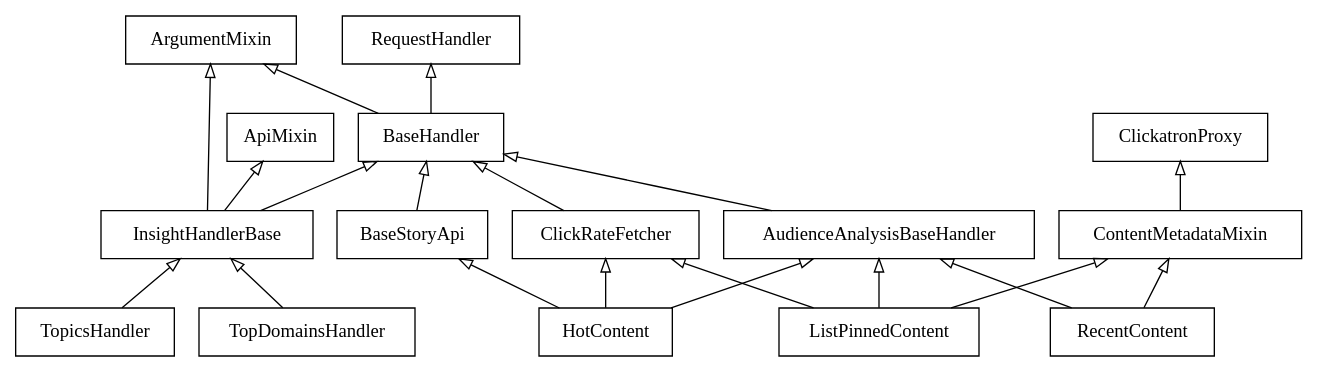
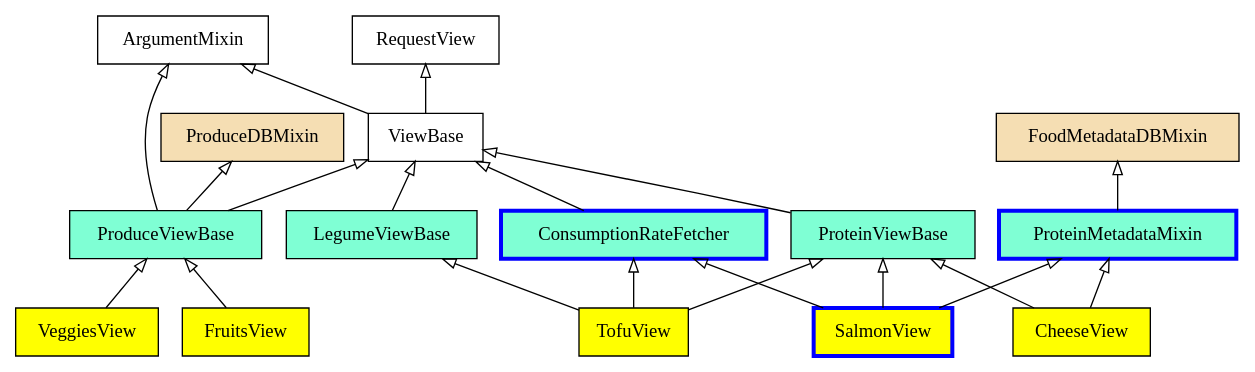
Before and after one commit to slinkp/inheritance_talk: the diagram in samples/aa_final.dot, drawn with Graphviz. The commit also changed 2 other files, not shown here.

```diff
--- a/samples/aa_final.dot
+++ b/samples/aa_final.dot
@@ -1,38 +1,38 @@
 digraph "classes_No_Name" {
 charset="utf-8"
 rankdir=BT
-"2" [shape="record", label="ClickRateFetcher"];
-"3" [shape="record", label="BaseHandler"];
+"2" [shape="record", label="ConsumptionRateFetcher", style = filled, fillcolor = aquamarine, color = blue, penwidth=3];
+"3" [shape="record", label="ViewBase"];
 "4" [shape="record", label="ArgumentMixin"];
-"5" [shape="record", label="RequestHandler"];
-"6" [shape="record", label="HotContent"];
-"7" [shape="record", label="BaseStoryApi"];
-"8" [shape="record", label="AudienceAnalysisBaseHandler"];
-"9" [shape="record", label="ContentMetadataMixin"];
-"10" [shape="record", label="ClickatronProxy"];
-"11" [shape="record", label="TopDomainsHandler"];
-"12" [shape="record", label="InsightHandlerBase"];
-"13" [shape="record", label="ApiMixin"];
-"14" [shape="record", label="ListPinnedContent"];
-"15" [shape="record", label="TopicsHandler"];
-"16" [shape="record", label="RecentContent"];
+"5" [shape="record", label="RequestView"];
+"6" [shape="record", label="TofuView", style = filled, fillcolor = yellow];
+"7" [shape="record", label="LegumeViewBase", style = filled, fillcolor = aquamarine];
+"8" [shape="record", label="ProteinViewBase", style = filled, fillcolor = aquamarine];
+"9" [shape="record", label="ProteinMetadataMixin", style = filled, fillcolor = aquamarine, color = blue, penwidth=3];
+"10" [shape="record", label="FoodMetadataDBMixin", style = filled, fillcolor = wheat];
+"12" [shape="record", label="ProduceViewBase", style = filled, fillcolor = aquamarine];
+"13" [shape="record", label="ProduceDBMixin", style = filled, fillcolor = wheat];
+"14" [shape="record", label="SalmonView", style = filled, color = blue, penwidth=3, fillcolor = yellow];
+"15" [shape="record", label="FruitsView", style = filled, fillcolor = yellow];
+"11" [shape="record", label="VeggiesView", style = filled, fillcolor = yellow];
+"16" [shape="record", label="CheeseView", style = filled, fillcolor = yellow];
 "2" -> "3" [arrowtail="none", arrowhead="empty"];
 "3" -> "4" [arrowtail="none", arrowhead="empty"];
 "3" -> "5" [arrowtail="none", arrowhead="empty"];
 "6" -> "7" [arrowtail="none", arrowhead="empty"];
 "6" -> "2" [arrowtail="none", arrowhead="empty"];
 "6" -> "8" [arrowtail="none", arrowhead="empty"];
 "7" -> "3" [arrowtail="none", arrowhead="empty"];
 "8" -> "3" [arrowtail="none", arrowhead="empty"];
 "9" -> "10" [arrowtail="none", arrowhead="empty"];
 "11" -> "12" [arrowtail="none", arrowhead="empty"];
 "12" -> "3" [arrowtail="none", arrowhead="empty"];
 "12" -> "13" [arrowtail="none", arrowhead="empty"];
 "12" -> "4" [arrowtail="none", arrowhead="empty"];
 "14" -> "9" [arrowtail="none", arrowhead="empty"];
 "14" -> "2" [arrowtail="none", arrowhead="empty"];
 "14" -> "8" [arrowtail="none", arrowhead="empty"];
 "15" -> "12" [arrowtail="none", arrowhead="empty"];
 "16" -> "9" [arrowtail="none", arrowhead="empty"];
 "16" -> "8" [arrowtail="none", arrowhead="empty"];
 }
```
